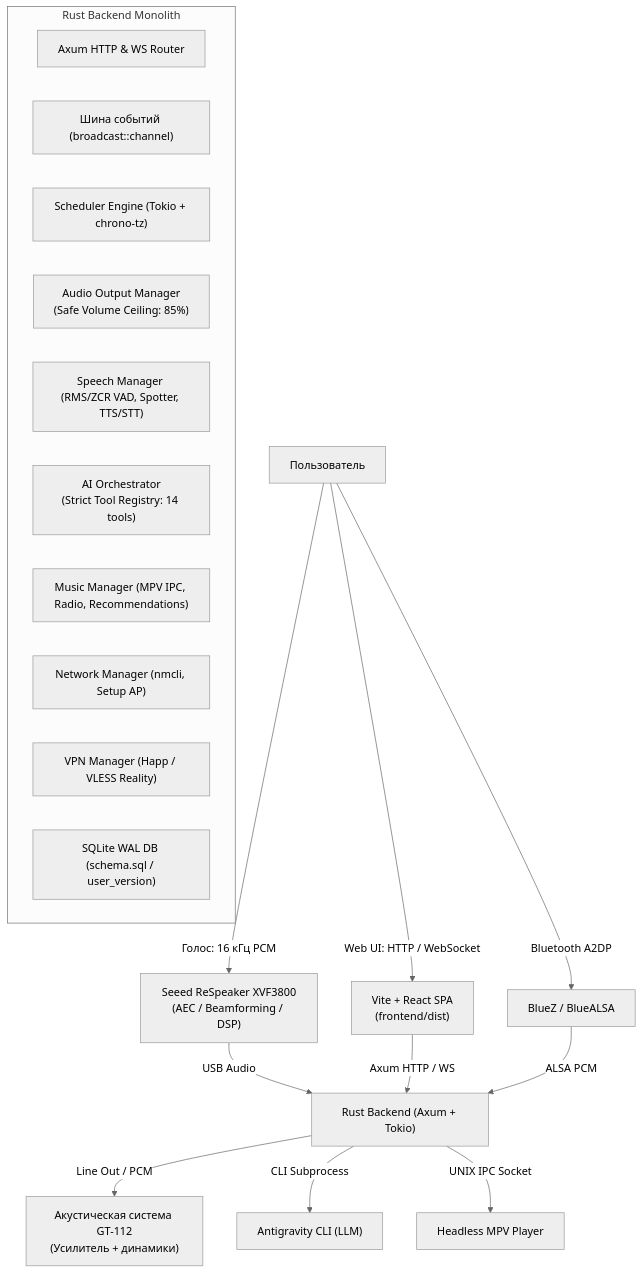
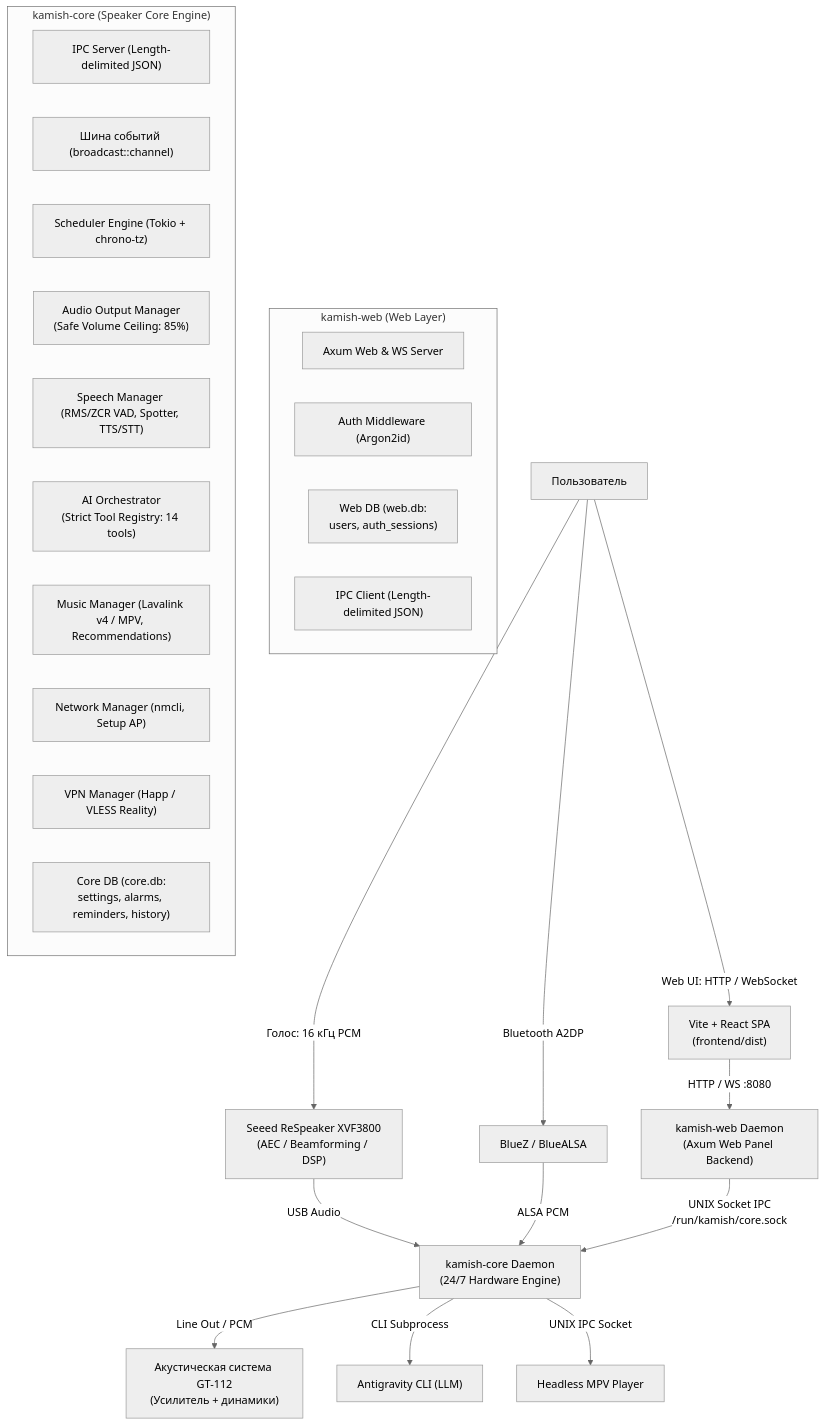
Before and after one commit to kash-ts/kamish-os: the diagram in docs/ARCHITECTURE.md, drawn with Mermaid (neutral theme). The commit also changed other lines of this file and 2 other files, not shown here.

Commit message:
docs: update architecture, README and add ADR-011 for process decoupling

````diff
--- a/docs/ARCHITECTURE.md
+++ b/docs/ARCHITECTURE.md
@@ -11,27 +11,36 @@
 ```mermaid
 graph TD
     User["Пользователь"] -->|Голос: 16 кГц PCM| ReSpeaker["Seeed ReSpeaker XVF3800\n(AEC / Beamforming / DSP)"]
     User -->|Web UI: HTTP / WebSocket| WebUI["Vite + React SPA\n(frontend/dist)"]
     User -->|Bluetooth A2DP| BlueZ["BlueZ / BlueALSA"]
 
-    ReSpeaker -->|USB Audio| Backend
-    WebUI -->|Axum HTTP / WS| Backend["Rust Backend (Axum + Tokio)"]
-    BlueZ -->|ALSA PCM| Backend
+    ReSpeaker -->|USB Audio| Core["kamish-core Daemon\n(24/7 Hardware Engine)"]
+    BlueZ -->|ALSA PCM| Core
 
-    subgraph Backend_Monolith ["Rust Backend Monolith"]
-        API["Axum HTTP & WS Router"]
+    WebUI -->|HTTP / WS :8080| Web["kamish-web Daemon\n(Axum Web Panel Backend)"]
+    Web -->|UNIX Socket IPC\n/run/kamish/core.sock| Core
+
+    subgraph Kamish_Web ["kamish-web (Web Layer)"]
+        WebAxum["Axum Web & WS Server"]
+        WebAuth["Auth Middleware (Argon2id)"]
+        WebDb["Web DB (web.db:\nusers, auth_sessions)"]
+        IpcCl["IPC Client (Length-delimited JSON)"]
+    end
+
+    subgraph Kamish_Core ["kamish-core (Speaker Core Engine)"]
+        IpcSrv["IPC Server (Length-delimited JSON)"]
         EventBus["Шина событий (broadcast::channel)"]
         Scheduler["Scheduler Engine (Tokio + chrono-tz)"]
         AudioMgr["Audio Output Manager\n(Safe Volume Ceiling: 85%)"]
         SpeechMgr["Speech Manager (RMS/ZCR VAD, Spotter, TTS/STT)"]
         AiOrch["AI Orchestrator\n(Strict Tool Registry: 14 tools)"]
-        MusicMgr["Music Manager (MPV IPC, Radio, Recommendations)"]
+        MusicMgr["Music Manager (Lavalink v4 / MPV, Recommendations)"]
         NetMgr["Network Manager (nmcli, Setup AP)"]
         VpnMgr["VPN Manager (Happ / VLESS Reality)"]
-        DbPool["SQLite WAL DB (schema.sql / user_version)"]
+        CoreDb["Core DB (core.db:\nsettings, alarms, reminders, history)"]
     end
 
-    Backend -->|Line Out / PCM| GT112["Акустическая система GT-112\n(Усилитель + динамики)"]
-    Backend -->|CLI Subprocess| AntigravityCLI["Antigravity CLI (LLM)"]
-    Backend -->|UNIX IPC Socket| MPV["Headless MPV Player"]
+    Core -->|Line Out / PCM| GT112["Акустическая система GT-112\n(Усилитель + динамики)"]
+    Core -->|CLI Subprocess| AntigravityCLI["Antigravity CLI (LLM)"]
+    Core -->|UNIX IPC Socket| MPV["Headless MPV Player"]
 ```
````
